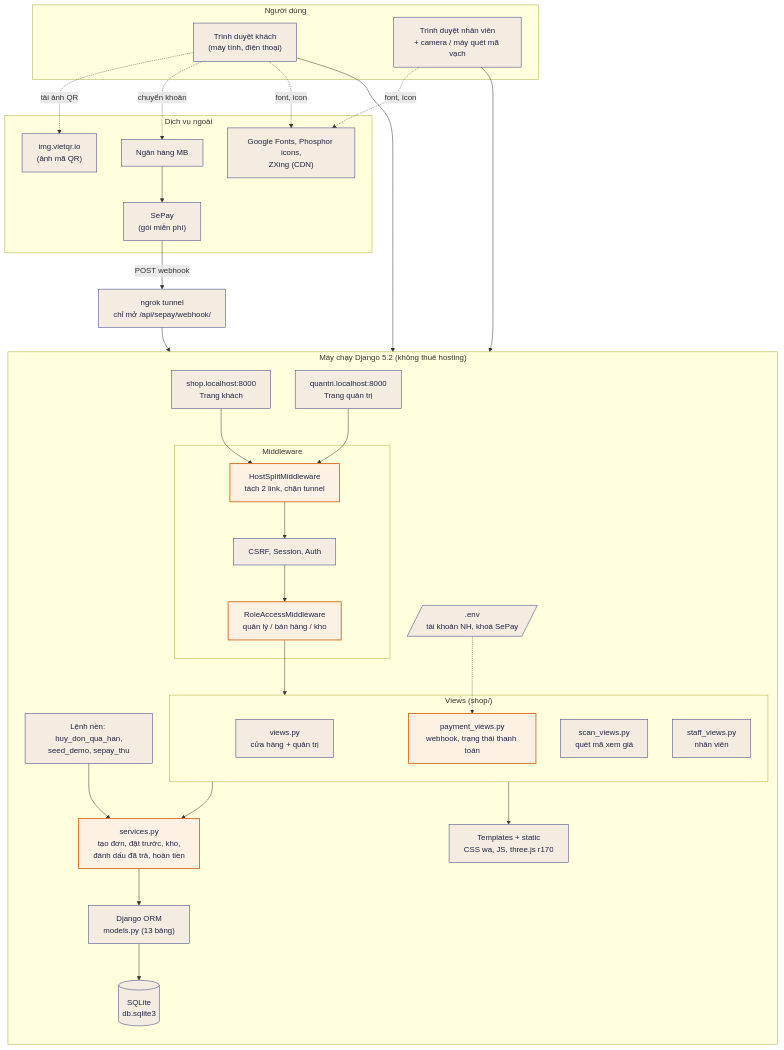
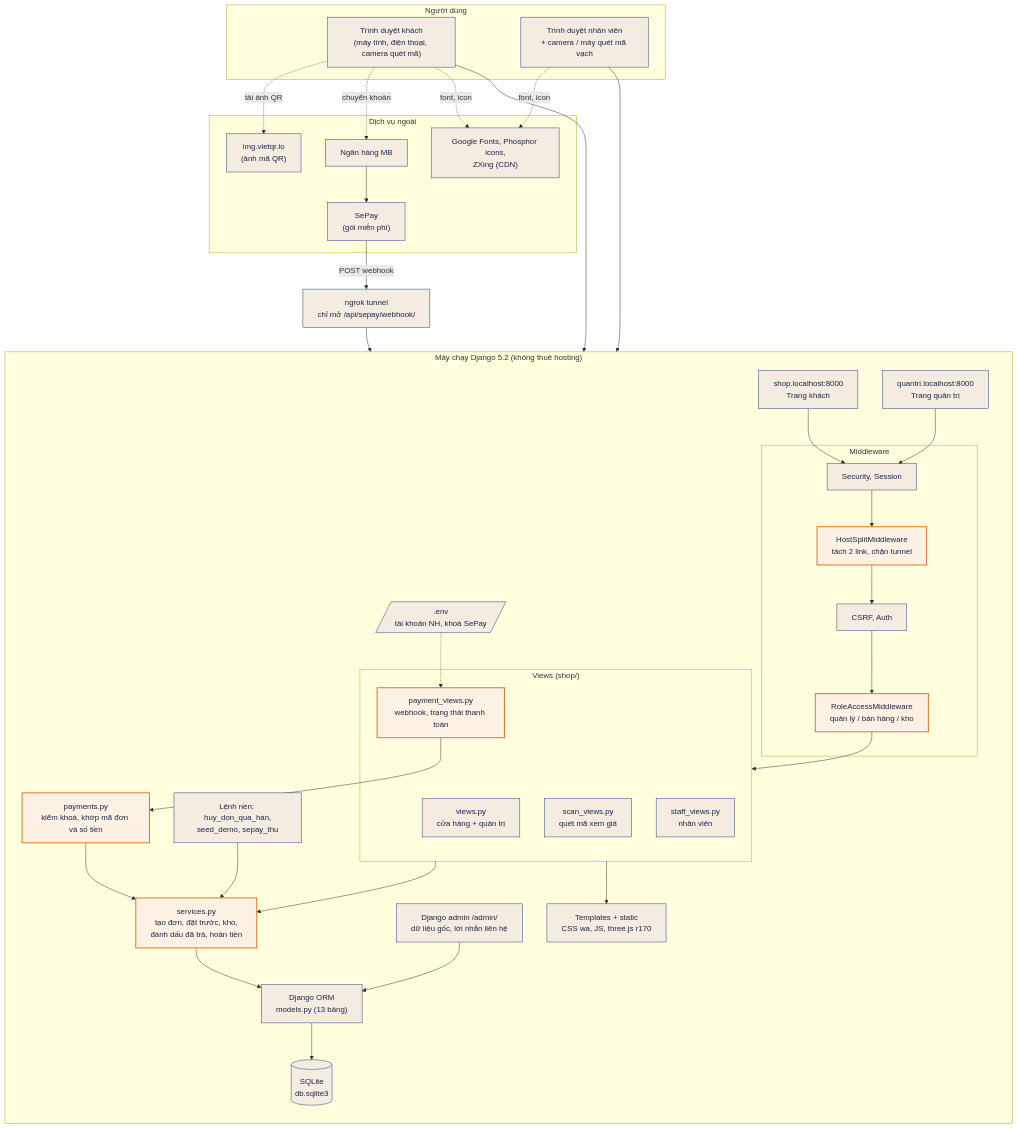
One commit to tonga-ai-star/HEPSTORE_JAPAN_FULL changed the diagram in docs/diagrams/Kien_truc_he_thong.mmd. Above: the diagram before and after it, drawn with Mermaid. The commit also changed 10 other files, not shown here.

Commit message:
docs: sửa sơ đồ cho khớp code (tự hủy đơn, khớp giao dịch, middleware, lời nhắn); đổi tên trang /admin/ sang Hép Bookstore

```diff
--- a/docs/diagrams/Kien_truc_he_thong.mmd
+++ b/docs/diagrams/Kien_truc_he_thong.mmd
@@ -1,52 +1,57 @@
 flowchart TB
   subgraph U["Người dùng"]
-    B1["Trình duyệt khách<br/>(máy tính, điện thoại)"]
+    B1["Trình duyệt khách<br/>(máy tính, điện thoại, camera quét mã)"]
     B2["Trình duyệt nhân viên<br/>+ camera / máy quét mã vạch"]
   end
   subgraph EXT["Dịch vụ ngoài"]
     BANK["Ngân hàng MB"]
     SEPAY["SePay<br/>(gói miễn phí)"]
     VQR["img.vietqr.io<br/>(ảnh mã QR)"]
     CDN["Google Fonts, Phosphor icons,<br/>ZXing (CDN)"]
   end
   NG["ngrok tunnel<br/>chỉ mở /api/sepay/webhook/"]
   subgraph SRV["Máy chạy Django 5.2 (không thuê hosting)"]
     direction TB
     H1["shop.localhost:8000<br/>Trang khách"]
     H2["quantri.localhost:8000<br/>Trang quản trị"]
     subgraph MW["Middleware"]
+      M0["Security, Session"]
       M1["HostSplitMiddleware<br/>tách 2 link, chặn tunnel"]
-      M2["CSRF, Session, Auth"]
+      M2["CSRF, Auth"]
       M3["RoleAccessMiddleware<br/>quản lý / bán hàng / kho"]
     end
     subgraph V["Views (shop/)"]
       V1["views.py<br/>cửa hàng + quản trị"]
       V2["payment_views.py<br/>webhook, trạng thái thanh toán"]
       V3["scan_views.py<br/>quét mã xem giá"]
       V4["staff_views.py<br/>nhân viên"]
     end
+    PAY["payments.py<br/>kiểm khoá, khớp mã đơn và số tiền"]
+    ADM["Django admin /admin/<br/>dữ liệu gốc, lời nhắn liên hệ"]
     SVC["services.py<br/>tạo đơn, đặt trước, kho,<br/>đánh dấu đã trả, hoàn tiền"]
     ORM["Django ORM<br/>models.py (13 bảng)"]
     TPL["Templates + static<br/>CSS wa, JS, three.js r170"]
     CMD["Lệnh nền: huy_don_qua_han,<br/>seed_demo, sepay_thu"]
     DB[("SQLite<br/>db.sqlite3")]
     ENV[/".env<br/>tài khoản NH, khoá SePay"/]
   end
   B1 --> H1
   B2 --> H2
-  H1 --> M1
-  H2 --> M1
-  M1 --> M2 --> M3 --> V
+  H1 --> M0
+  H2 --> M0
+  M0 --> M1 --> M2 --> M3 --> V
   V --> SVC --> ORM --> DB
+  V2 --> PAY --> SVC
+  ADM --> ORM
   V --> TPL
   CMD --> SVC
   ENV -.-> V2
   B1 -. "tải ảnh QR" .-> VQR
   B1 -. "chuyển khoản" .-> BANK
   BANK --> SEPAY
-  SEPAY -- "POST webhook" --> NG --> M1
+  SEPAY -- "POST webhook" --> NG --> M0
   B1 -. "font, icon" .-> CDN
   B2 -. "font, icon" .-> CDN
   classDef default fill:#f4ece0,stroke:#2c3a7e,color:#1f2547
   classDef hot fill:#fdf1e4,stroke:#d9772b,stroke-width:2px,color:#1f2547
-  class SVC,M1,M3,V2 hot
+  class SVC,M1,M3,V2,PAY hot
```
